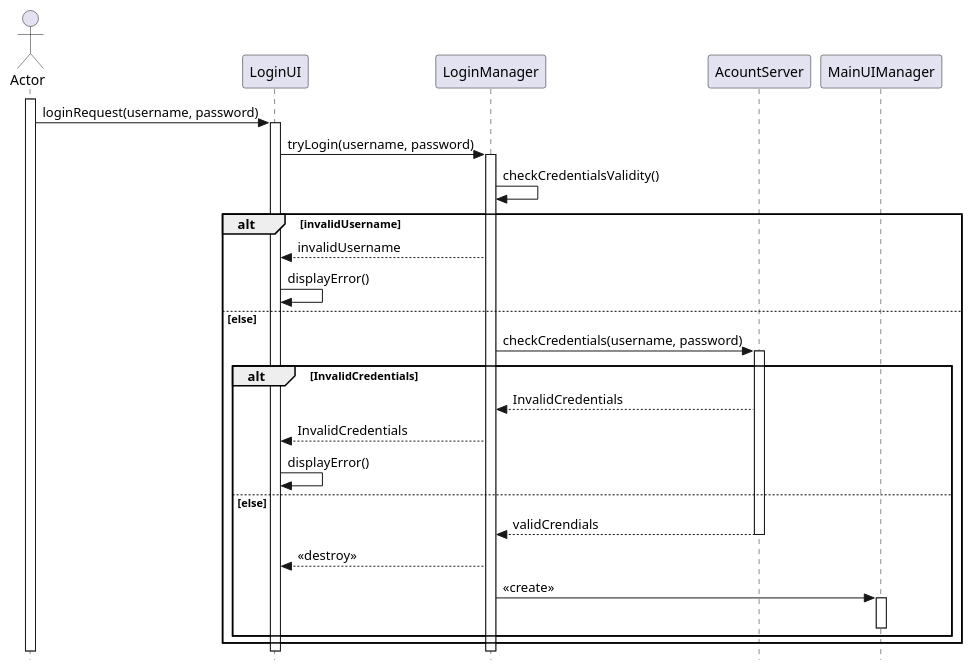
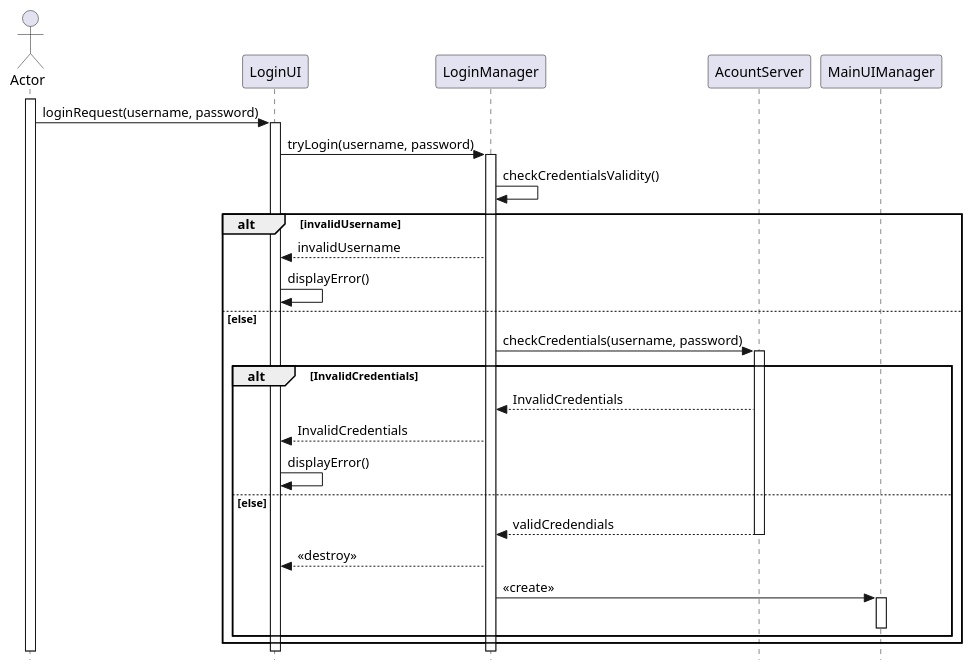
The diagram in SRD-DOC/uml/sequence/connexion/connexion.plantuml (ulb-info2-group5/Royal-Blocks), drawn with PlantUML before and after one commit. The commit also changed 5 other files, not shown here.

Commit message:
small changes with uml

```diff
--- a/SRD-DOC/uml/sequence/connexion/connexion.plantuml
+++ b/SRD-DOC/uml/sequence/connexion/connexion.plantuml
@@ -1,46 +1,46 @@
 @startuml
 
 skinparam style strictuml
 actor Actor
 participant LoginUI
 participant LoginManager
 participant AcountServer
 participant MainUIManager
 
 'participant RegisterManager
 
 
 'checkCredentialsValidity() : verify the validity of the characters in the username
 'checkCredentials() : verify if the credentials exists in AcountServer
 'InvalidCredentials : the creadentials do not exists in AcountServer or bad password for an existing account
 
 
 activate Actor 
 Actor -> LoginUI : loginRequest(username, password)
 activate LoginUI
 LoginUI ->LoginManager : tryLogin(username, password)
 activate LoginManager 
                     
 LoginManager -> LoginManager : checkCredentialsValidity()
 alt invalidUsername
     LoginManager --> LoginUI : invalidUsername 
     LoginUI -> LoginUI : displayError()
 else else 
     LoginManager -> AcountServer : checkCredentials(username, password)
     activate AcountServer
     alt InvalidCredentials 
         AcountServer --> LoginManager : InvalidCredentials
         LoginManager --> LoginUI : InvalidCredentials
         LoginUI -> LoginUI : displayError()
     else else 
-        AcountServer --> LoginManager : validCrendials
+        AcountServer --> LoginManager : validCredendials
         deactivate AcountServer
         LoginManager --> LoginUI : <<destroy>>
         LoginManager -> MainUIManager : << create>>
         activate MainUIManager
         deactivate MainUIManager
 
     end   
 end
 
 @enduml
```
